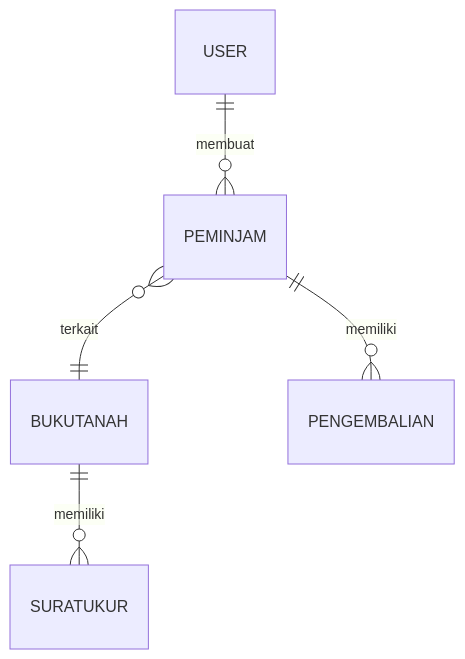
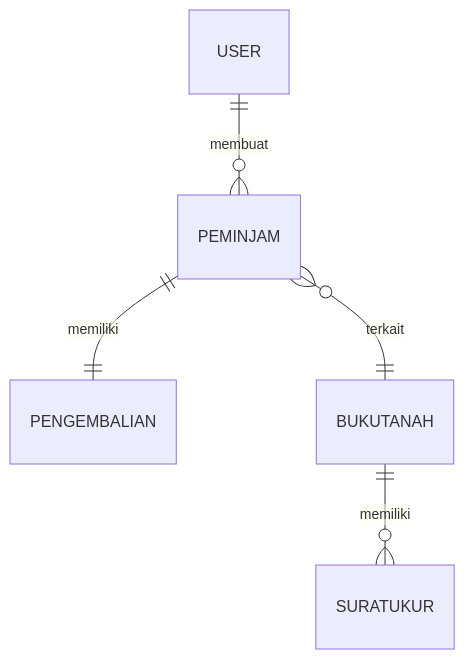
The diagram in README.md (hamxrae/web-arsip-atr-bpn), drawn with Mermaid before and after one commit. The commit also changed other lines of this file, not shown here.

Commit message:
Docs: replace README with complete documentation (install, usage, admin role, ERD, requirements)

````diff
--- a/README.md
+++ b/README.md
@@ -113,7 +350,7 @@
 ```mermaid
 erDiagram
     USER ||--o{ PEMINJAM : membuat
+    PEMINJAM ||--|| PENGEMBALIAN : memiliki
     PEMINJAM }o--|| BUKUTANAH : terkait
-    PEMINJAM ||--o{ PENGEMBALIAN : memiliki
     BUKUTANAH ||--o{ SURATUKUR : memiliki
 ```
````
